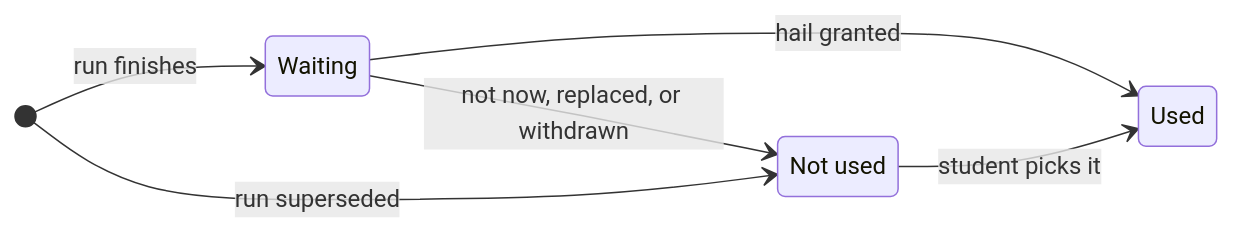
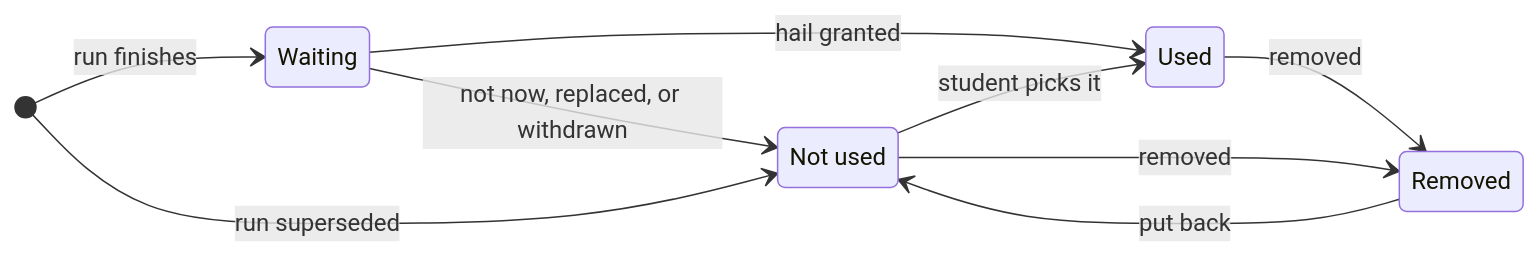
One commit to richbodo/bridge-crew changed the sixth of 10 diagrams in docs/state_machines.md. Above: the diagram before and after it, drawn with Mermaid. The commit also changed other lines of this file and 25 other files, not shown here.

````diff
--- a/docs/state_machines.md
+++ b/docs/state_machines.md
@@ -282,10 +297,13 @@
 ```mermaid
 stateDiagram-v2
   direction LR
   state "Not used" as NotUsed
   [*] --> Waiting: run finishes
   [*] --> NotUsed: run superseded
   Waiting --> Used: hail granted
   Waiting --> NotUsed: not now, replaced, or withdrawn
   NotUsed --> Used: student picks it
+  Used --> Removed: removed
+  NotUsed --> Removed: removed
+  Removed --> NotUsed: put back
 ```
````
